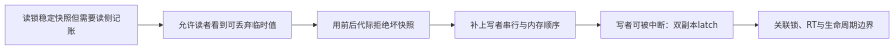
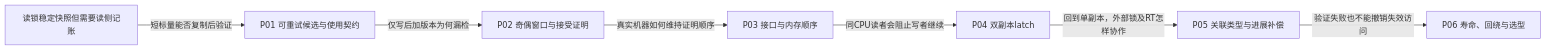
The diagram in knowledge/linux/synchronization_and_asynchrony/synchronization/sequence_counters/大纲.md (FormingSystem/linux_note), drawn with Mermaid before and after one commit. The commit also changed other lines of this file and 11 other files, not shown here.

````diff
--- a/knowledge/linux/synchronization_and_asynchrony/synchronization/sequence_counters/大纲.md
+++ b/knowledge/linux/synchronization_and_asynchrony/synchronization/sequence_counters/大纲.md
@@ -18,8 +20,9 @@
 ```mermaid
 flowchart LR
-    A["读锁稳定快照但需要读侧记账"] --> B["允许读者看到可丢弃临时值"]
-    B --> C["用前后代际拒绝坏快照"]
-    C --> D["补上写者串行与内存顺序"]
-    D --> E["写者可被中断：双副本latch"]
-    E --> F["关联锁、RT与生命周期边界"]
+    A["读锁稳定快照但需要读侧记账"] -->|短标量能否复制后验证| B["P01 可重试候选与使用契约"]
+    B -->|仅写后加版本为何漏检| C["P02 奇偶窗口与接受证明"]
+    C -->|真实机器如何维持证明顺序| D["P03 接口与内存顺序"]
+    D -->|同CPU读者会阻止写者继续| E["P04 双副本latch"]
+    E -->|回到单副本，外部锁及RT怎样协作| F["P05 关联类型与进展补偿"]
+    F -->|验证失败也不能撤销失效访问| G["P06 寿命、回绕与选型"]
 ```
````
